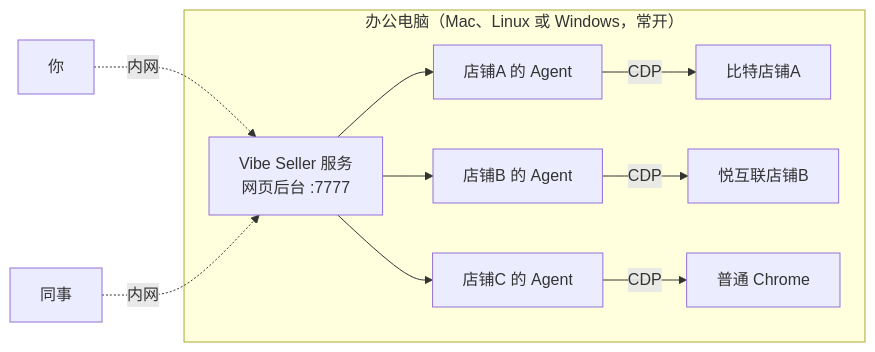
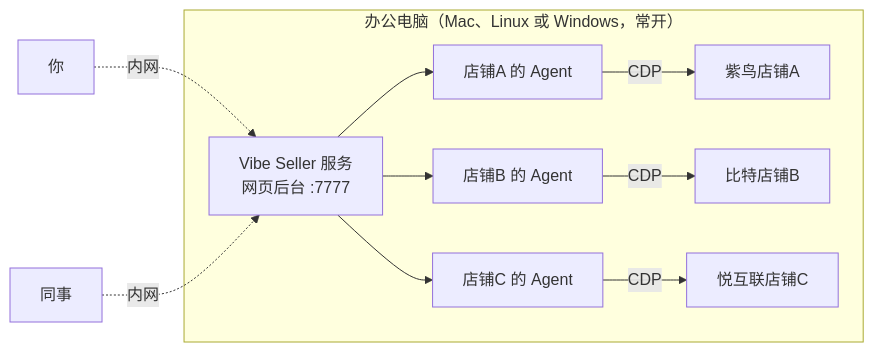
The diagram in README.md (zpoint/vibe-seller), drawn with Mermaid before and after one commit. The commit also changed 3 other files, not shown here.

Commit message:
docs: diagram keeps Ziniao for store A; B and C become BitBrowser and Yuehulian

````diff
--- a/README.md
+++ b/README.md
@@ -41,14 +41,14 @@
 ```mermaid
 flowchart LR
     U1[你] -.内网.-> S
     U2[同事] -.内网.-> S
     subgraph OfficeHost["办公电脑（Mac、Linux 或 Windows，常开）"]
         S[Vibe Seller 服务<br/>网页后台 :7777]
         S --> A1[店铺A 的 Agent]
         S --> A2[店铺B 的 Agent]
         S --> A3[店铺C 的 Agent]
-        A1 -->|CDP| Z1[比特店铺A]
-        A2 -->|CDP| Z2[悦互联店铺B]
-        A3 -->|CDP| C1[普通 Chrome]
+        A1 -->|CDP| Z1[紫鸟店铺A]
+        A2 -->|CDP| Z2[比特店铺B]
+        A3 -->|CDP| C1[悦互联店铺C]
     end
 ```
````
